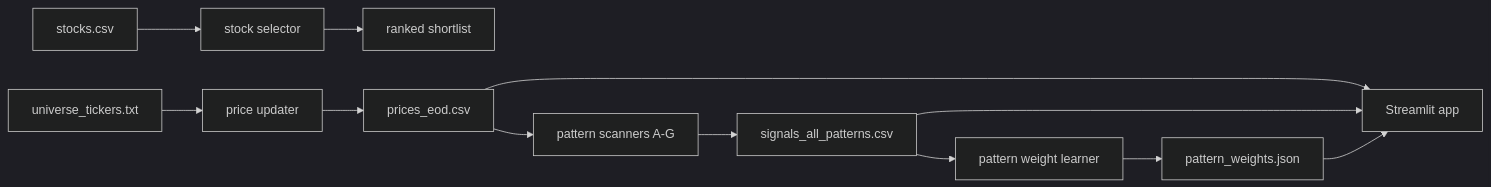
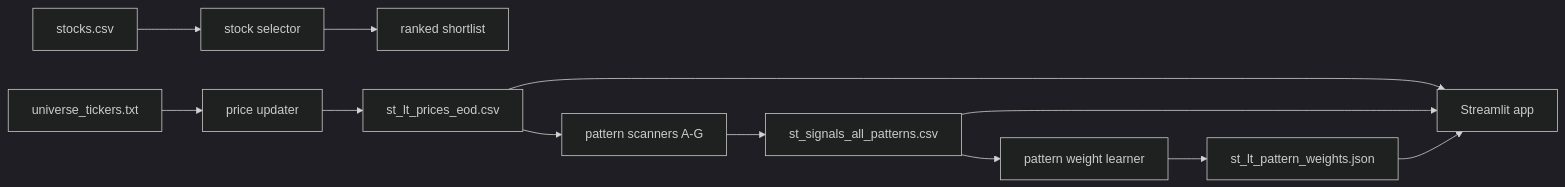
The diagram in README.md (SarbariRoy/stock-operator), drawn with Mermaid (dark theme) before and after one commit. The commit also changed other lines of this file and 80 other files, not shown here.

````diff
--- a/README.md
+++ b/README.md
@@ -63,14 +63,14 @@
 ```mermaid
 flowchart LR
     A[stocks.csv] --> B[stock selector]
     B --> C[ranked shortlist]
     D[universe_tickers.txt] --> E[price updater]
-    E --> F[prices_eod.csv]
+    E --> F[st_lt_prices_eod.csv]
     F --> G[pattern scanners A-G]
-    G --> H[signals_all_patterns.csv]
+    G --> H[st_signals_all_patterns.csv]
     H --> I[pattern weight learner]
-    I --> J[pattern_weights.json]
+    I --> J[st_lt_pattern_weights.json]
     F --> K[Streamlit app]
     H --> K
     J --> K
 ```
````
